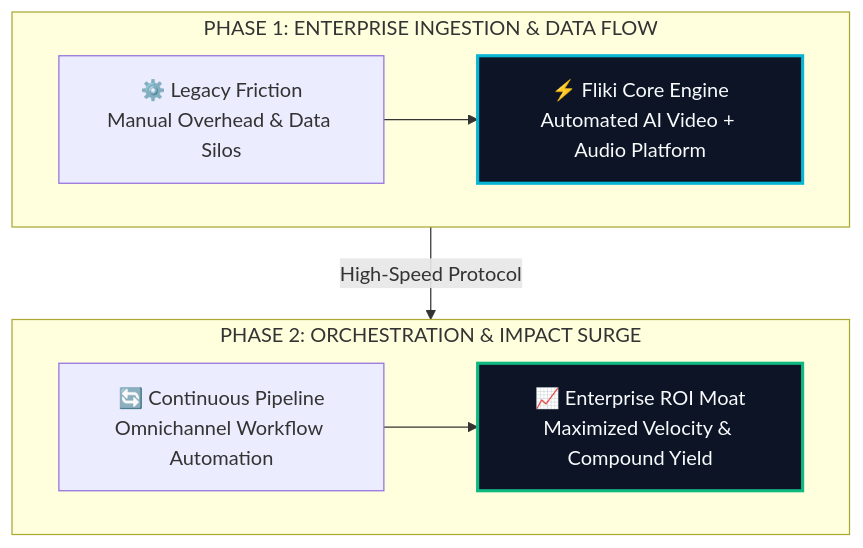
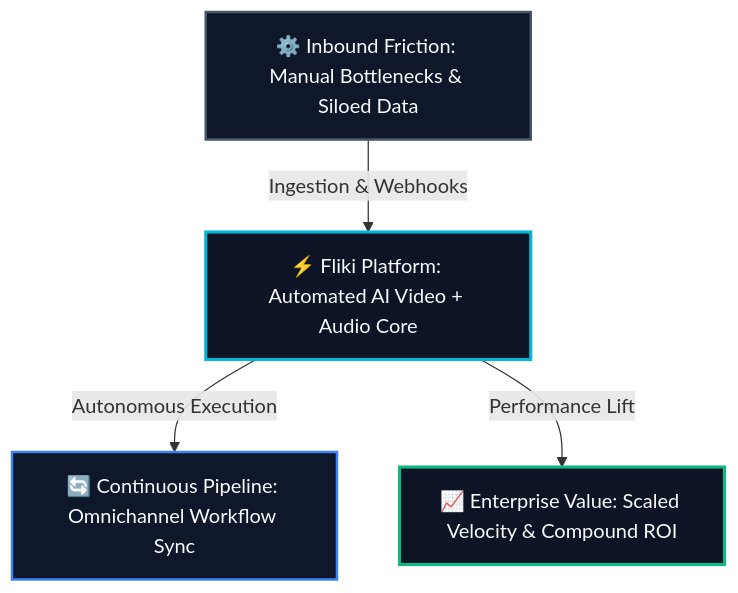
The diagram in site/src/content/blog/fliki-ai-evolution-guide-2026.md (heliatech-media/saas-radar), drawn with Mermaid before and after one commit. The commit also changed 93 other files, not shown here.

First line of the commit message:
fix(diagrams): resolve dagre-d3 subgraph collision by migrating to balanced 3-tier Hub & Spoke architecture

````diff
--- a/site/src/content/blog/fliki-ai-evolution-guide-2026.md
+++ b/site/src/content/blog/fliki-ai-evolution-guide-2026.md
@@ -52,14 +52,14 @@
 ```mermaid
 flowchart TD
-    subgraph S1["PHASE 1: ENTERPRISE INGESTION & DATA FLOW"]
-        direction LR
-        A["⚙️ Legacy Friction<br/>Manual Overhead & Data Silos"] --> B["⚡ Fliki Core Engine<br/>Automated AI Video + Audio Platform"]
-    end
-    subgraph S2["PHASE 2: ORCHESTRATION & IMPACT SURGE"]
-        direction LR
-        C["🔄 Continuous Pipeline<br/>Omnichannel Workflow Automation"] --> D["📈 Enterprise ROI Moat<br/>Maximized Velocity & Compound Yield"]
-    end
-    S1 -->|High-Speed Protocol| S2
-    style B fill:#0c1425,stroke:#06b6d4,stroke-width:2.5px,color:#f8fafc
-    style D fill:#0c1425,stroke:#10b981,stroke-width:2.5px,color:#f8fafc
+    Inp["⚙️ Inbound Friction: Manual Bottlenecks & Siloed Data"]
+    Eng["⚡ Fliki Platform: Automated AI Video + Audio Core"]
+    Out1["🔄 Continuous Pipeline: Omnichannel Workflow Sync"]
+    Out2["📈 Enterprise Value: Scaled Velocity & Compound ROI"]
+    Inp -->|Ingestion & Webhooks| Eng
+    Eng -->|Autonomous Execution| Out1
+    Eng -->|Performance Lift| Out2
+    style Inp fill:#0f172a,stroke:#475569,stroke-width:2px,color:#f8fafc
+    style Eng fill:#0c1425,stroke:#06b6d4,stroke-width:2.5px,color:#f8fafc
+    style Out1 fill:#0f172a,stroke:#3b82f6,stroke-width:2px,color:#f8fafc
+    style Out2 fill:#0c1425,stroke:#10b981,stroke-width:2.5px,color:#f8fafc
 ```
````
